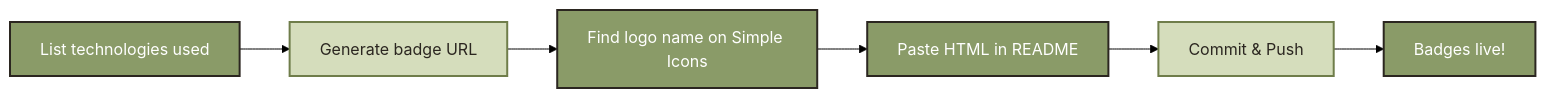
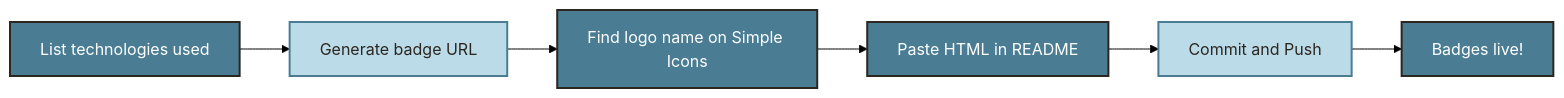
One commit to SHAKEELYOUSAF/README_file_styling changed the second of 5 diagrams in README.md. Above: the diagram before and after it, drawn with Mermaid (forest theme). The commit also changed other lines of this file, not shown here.

Commit message:
Update README for animated header and workflow diagrams

````diff
--- a/README.md
+++ b/README.md
@@ -88,13 +98,12 @@
 ```mermaid
 flowchart LR
     A[List technologies used] --> B[Generate badge URL]
     B --> C[Find logo name on Simple Icons]
     C --> D[Paste HTML in README]
-    D --> E[Commit & Push]
+    D --> E[Commit and Push]
     E --> F[Badges live!]
-classDef screen fill:#8a9b68,color:#ffffff,stroke:#2b2620,stroke-width:2px;
-	classDef action fill:#d5ddbc,color:#2b2620,stroke:#6f7d4a,stroke-width:2px;
-	class A,C,D,F screen;
-	class B,E action;
-
+classDef screen fill:#4a7d94,color:#ffffff,stroke:#2b2620,stroke-width:2px;
+classDef action fill:#bcdbe8,color:#2b2620,stroke:#4a7d94,stroke-width:2px;
+class A,C,D,F screen;
+class B,E action;
 ```
````
